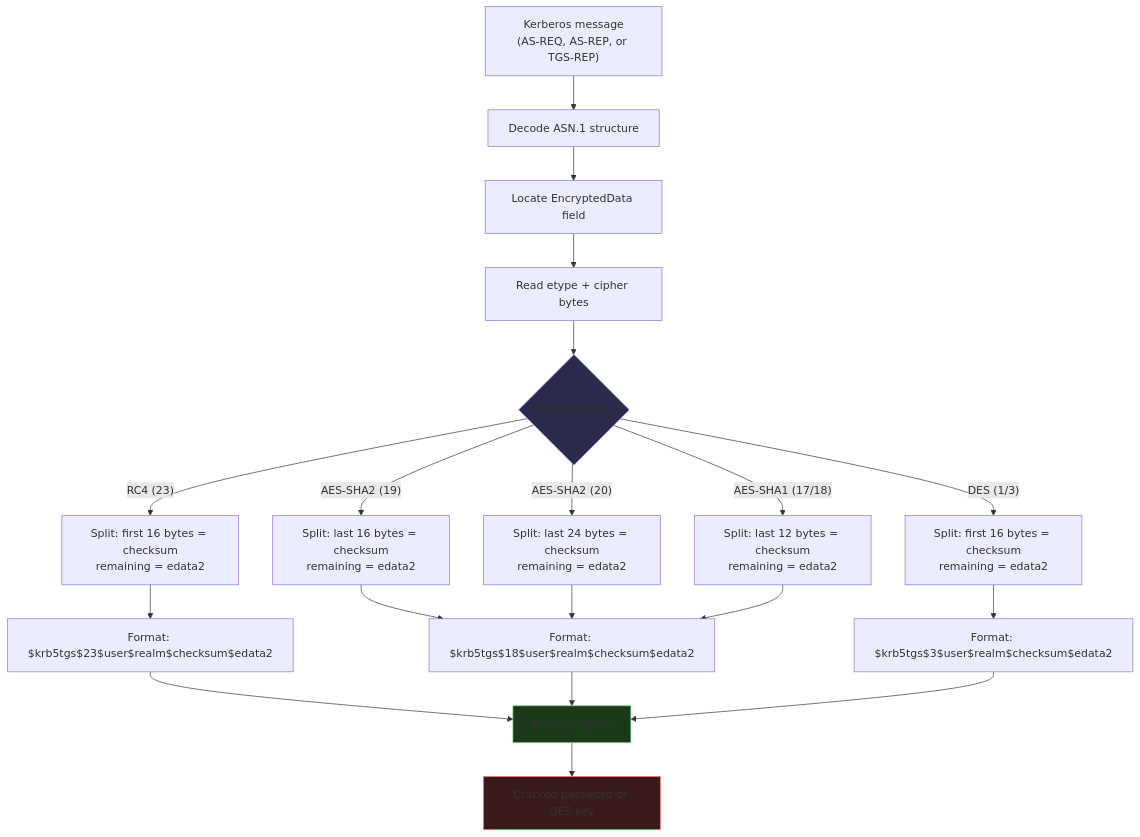
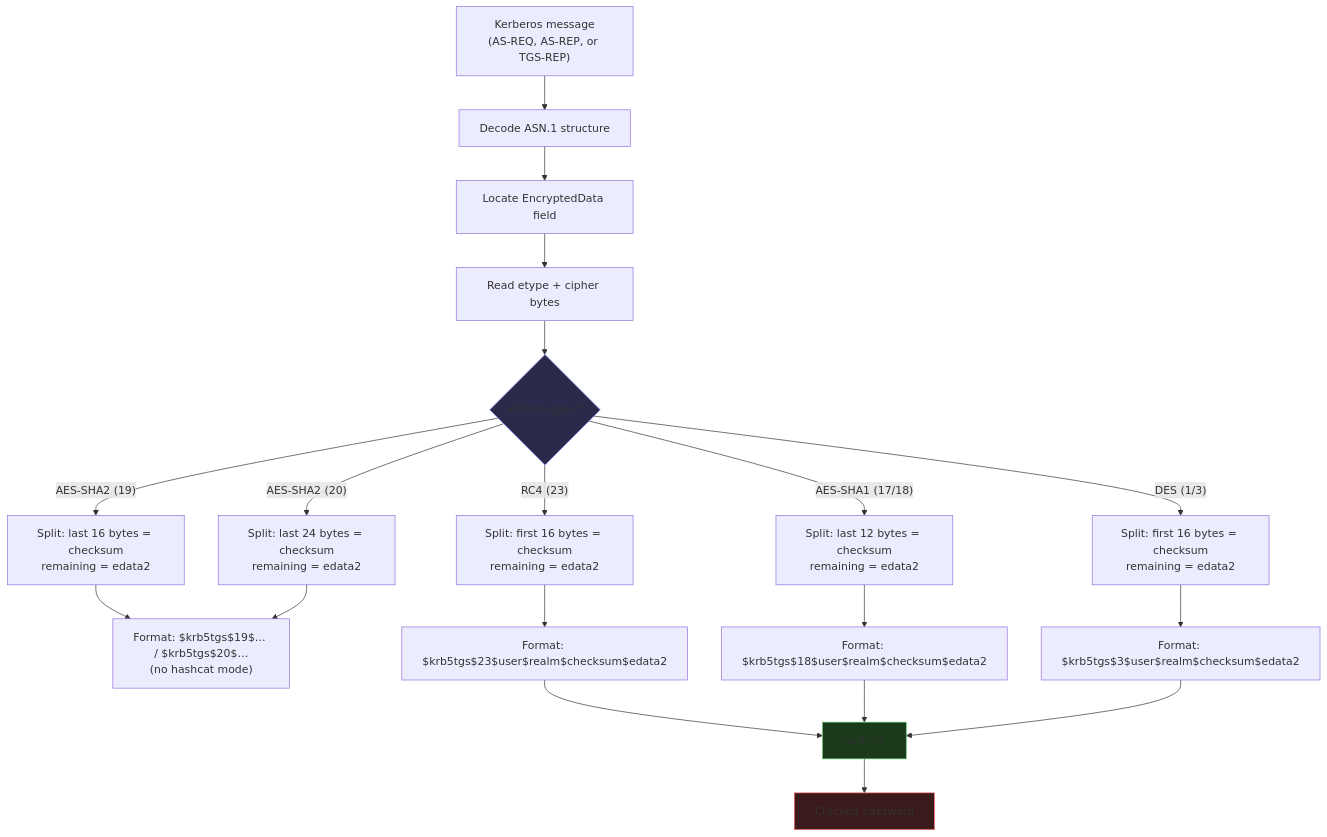
One commit to StrongWind1/KerbWolf changed the first of 3 diagrams in docs/guide/hashcat-modes.md. Above: the diagram before and after it, drawn with Mermaid. The commit also changed other lines of this file and 13 other files, not shown here.

````diff
--- a/docs/guide/hashcat-modes.md
+++ b/docs/guide/hashcat-modes.md
@@ -32,26 +37,25 @@
 ```mermaid
 flowchart TD
     A["Kerberos message<br/>(AS-REQ, AS-REP, or TGS-REP)"] --> B["Decode ASN.1 structure"]
     B --> C["Locate EncryptedData field"]
     C --> D["Read etype + cipher bytes"]
     D --> E{Which etype?}
 
     E -->|"RC4 (23)"| F["Split: first 16 bytes = checksum<br/>remaining = edata2"]
     E -->|"AES-SHA1 (17/18)"| G["Split: last 12 bytes = checksum<br/>remaining = edata2"]
     E -->|"AES-SHA2 (19)"| G2["Split: last 16 bytes = checksum<br/>remaining = edata2"]
     E -->|"AES-SHA2 (20)"| G3["Split: last 24 bytes = checksum<br/>remaining = edata2"]
     E -->|"DES (1/3)"| H["Split: first 16 bytes = checksum<br/>remaining = edata2"]
-    G2 --> J
-    G3 --> J
+    G2 & G3 --> J2["Format: $krb5tgs$19$… / $krb5tgs$20$…<br/>(no hashcat mode)"]
 
     F --> I["Format: $krb5tgs$23$user$realm$checksum$edata2"]
     G --> J["Format: $krb5tgs$18$user$realm$checksum$edata2"]
     H --> K["Format: $krb5tgs$3$user$realm$checksum$edata2"]
 
-    I & J & K --> L["hashcat / john"]
-    L --> M["Cracked password or DES key"]
+    I & J & K --> L["hashcat"]
+    L --> M["Cracked password"]
 
     style E fill:#2a2a4a,stroke:#8b8bff
     style L fill:#1a3a1a,stroke:#6bcb77
     style M fill:#3a1a1a,stroke:#ff6b6b
 ```
````
